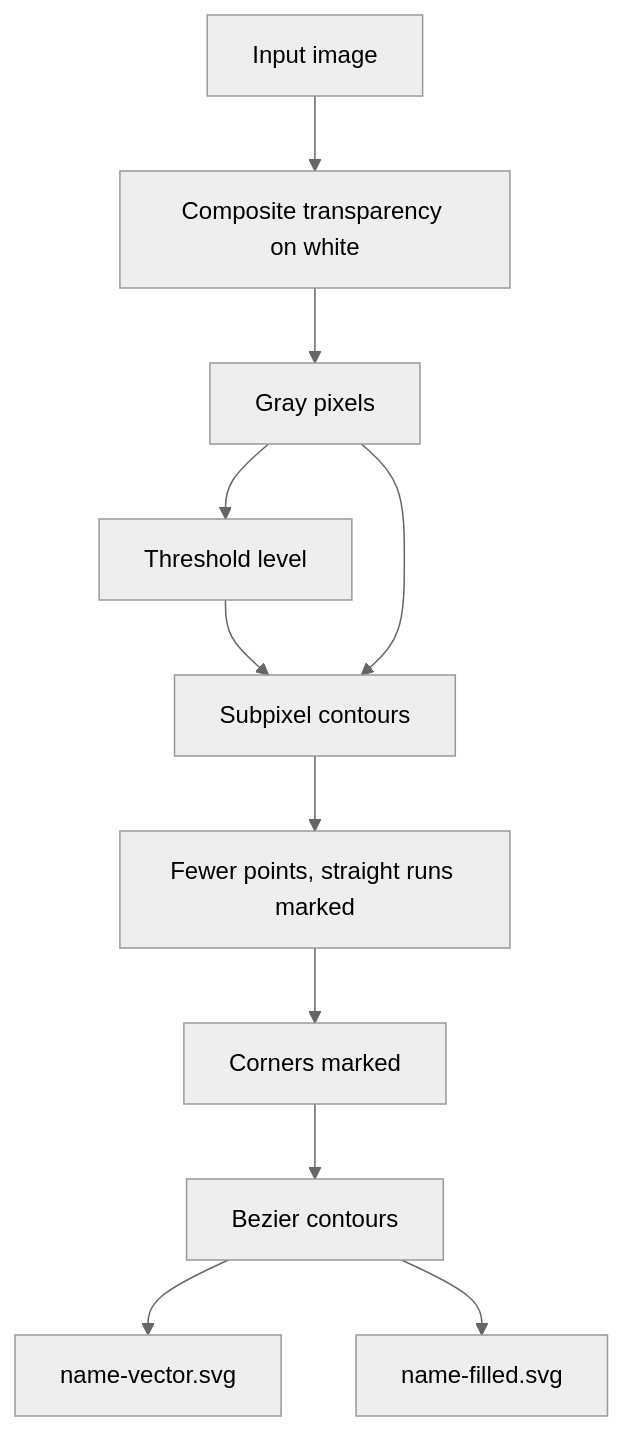
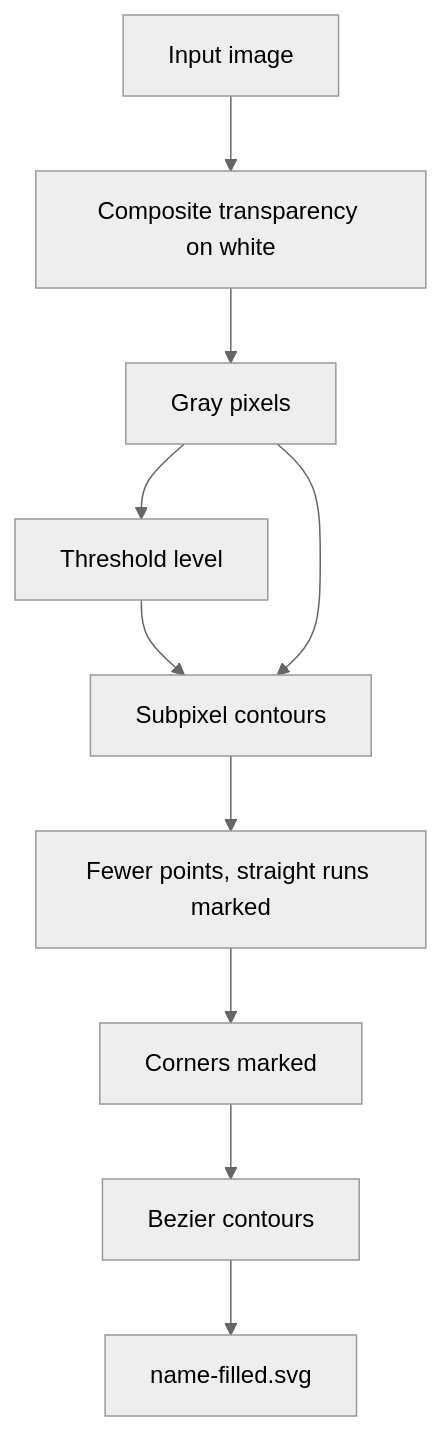
One commit to phucvinh57/pictographic-challenges changed the diagram in src/challenge_1/README.md. Above: the diagram before and after it, drawn with Mermaid (neutral theme). The commit also changed 8 other files, not shown here.

````diff
--- a/src/challenge_1/README.md
+++ b/src/challenge_1/README.md
@@ -7,13 +7,12 @@
 ```mermaid
 flowchart TD
     A["Input image"] --> B["Composite transparency on white"]
     B --> C0["Gray pixels"]
     C0 --> C["Threshold level"]
     C --> D["Subpixel contours"]
     C0 --> D
     D --> E["Fewer points, straight runs marked"]
     E --> F["Corners marked"]
     F --> G["Bezier contours"]
-    G --> J["name-vector.svg"]
     G --> K["name-filled.svg"]
 ```
````
